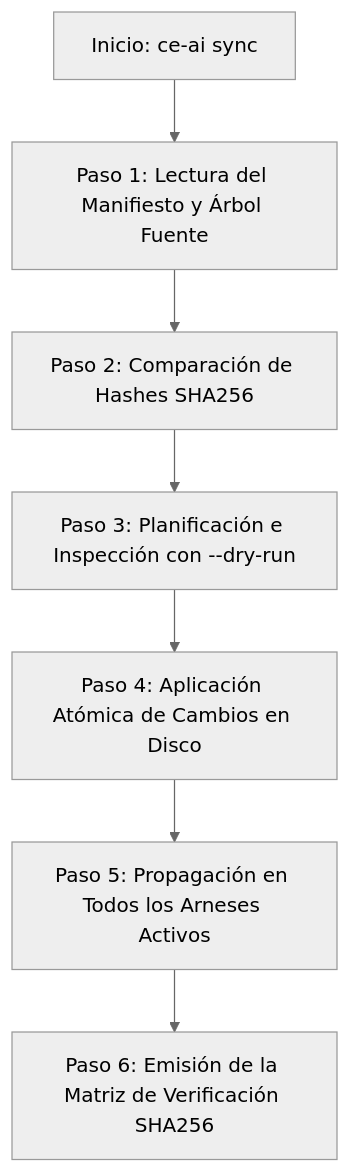
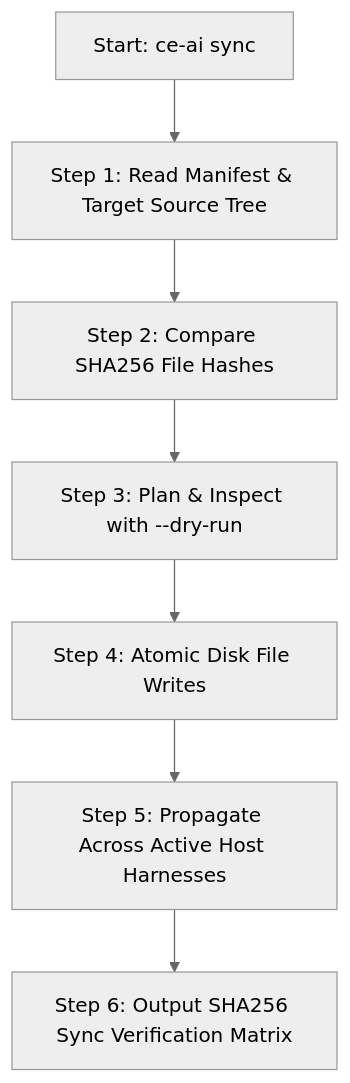
The first of 2 diagrams in docs/user-guide/sync-and-upgrade-mechanisms.md (mastepanoski/ce-ai), drawn with Mermaid (neutral theme) before and after one commit. The commit also changed other lines of this file and 2 other files, not shown here.

Commit message:
docs(guide): translate step-by-step user guides to English

````diff
--- a/docs/user-guide/sync-and-upgrade-mechanisms.md
+++ b/docs/user-guide/sync-and-upgrade-mechanisms.md
@@ -13,9 +13,9 @@
 ```mermaid
 flowchart TD
-    A[Inicio: ce-ai sync] --> B[Paso 1: Lectura del Manifiesto y Árbol Fuente]
-    B --> C[Paso 2: Comparación de Hashes SHA256]
-    C --> D[Paso 3: Planificación e Inspección con --dry-run]
-    D --> E[Paso 4: Aplicación Atómica de Cambios en Disco]
-    E --> F[Paso 5: Propagación en Todos los Arneses Activos]
-    F --> G[Paso 6: Emisión de la Matriz de Verificación SHA256]
+    A[Start: ce-ai sync] --> B[Step 1: Read Manifest & Target Source Tree]
+    B --> C[Step 2: Compare SHA256 File Hashes]
+    C --> D[Step 3: Plan & Inspect with --dry-run]
+    D --> E[Step 4: Atomic Disk File Writes]
+    E --> F[Step 5: Propagate Across Active Host Harnesses]
+    F --> G[Step 6: Output SHA256 Sync Verification Matrix]
 ```
````
